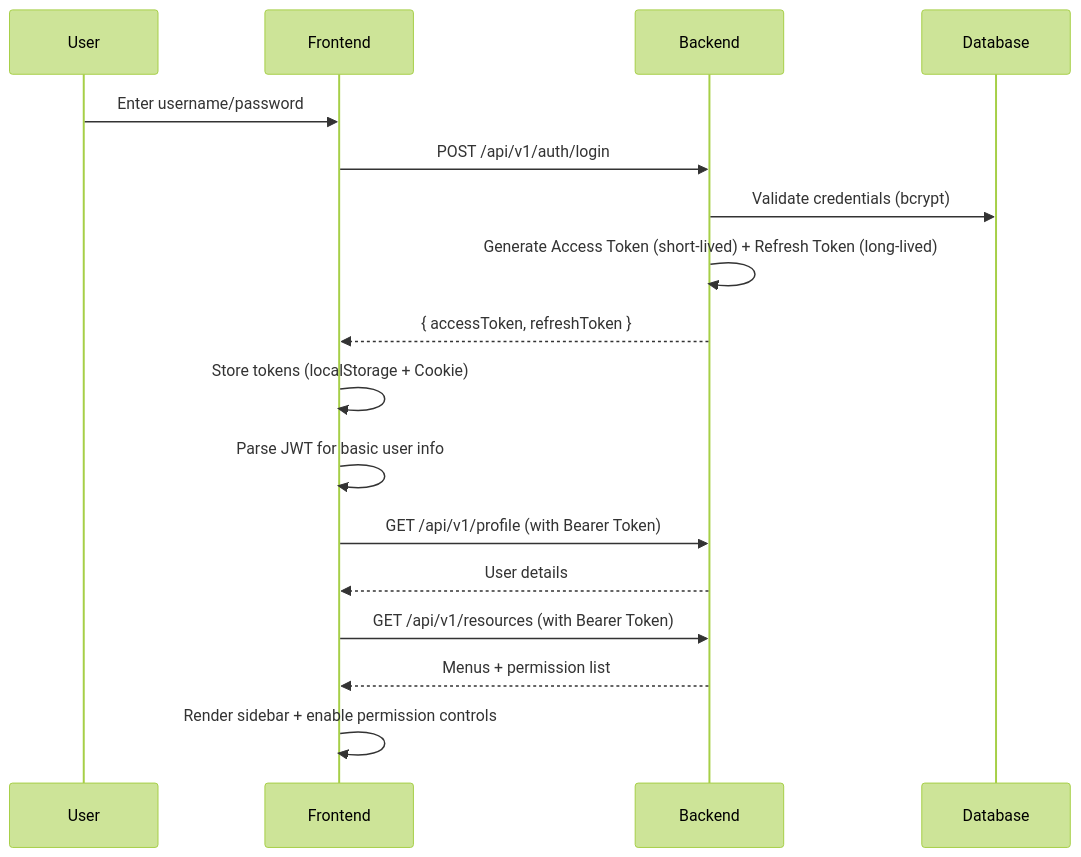
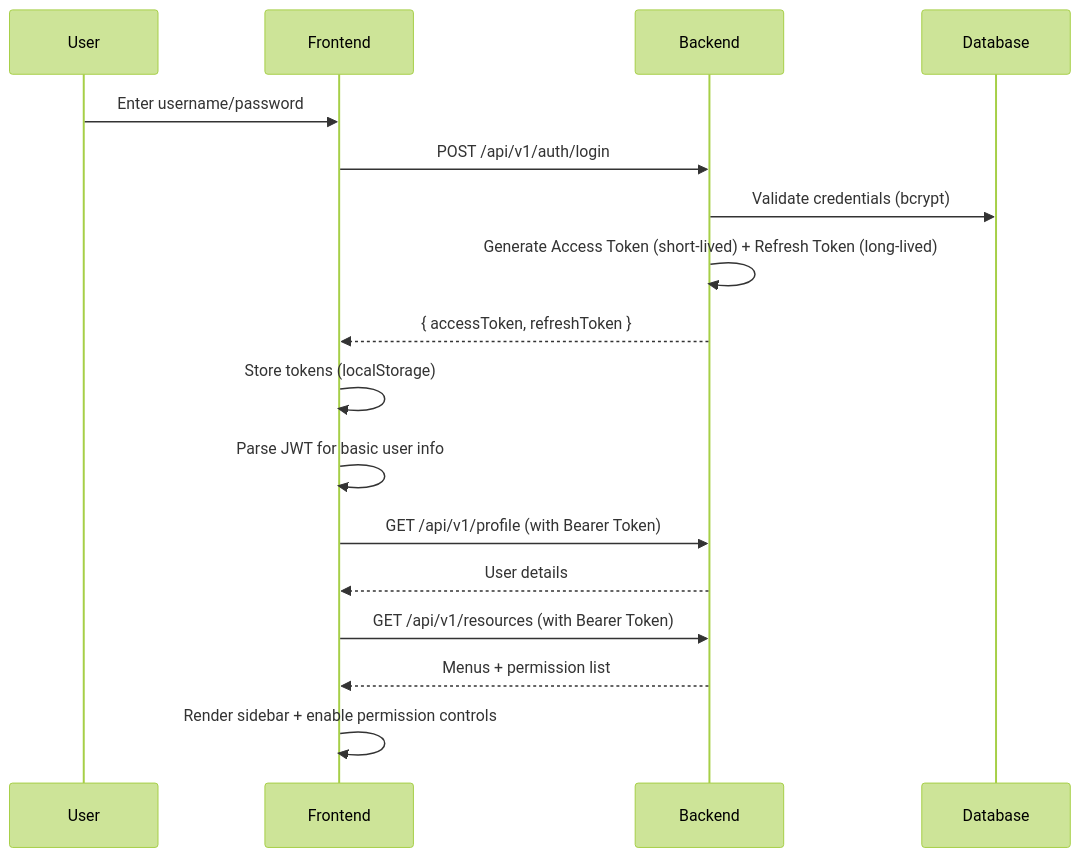
One commit to ahaodev/shadmin changed the third of 3 diagrams in docs/getting-started/architecture.en.md. Above: the diagram before and after it, drawn with Mermaid (forest theme). The commit also changed other lines of this file, not shown here.

````diff
--- a/docs/getting-started/architecture.en.md
+++ b/docs/getting-started/architecture.en.md
@@ -233,20 +233,20 @@
 ```mermaid
 sequenceDiagram
     participant U as User
     participant FE as Frontend
     participant BE as Backend
     participant DB as Database
 
     U->>FE: Enter username/password
     FE->>BE: POST /api/v1/auth/login
     BE->>DB: Validate credentials (bcrypt)
     BE->>BE: Generate Access Token (short-lived) + Refresh Token (long-lived)
     BE-->>FE: { accessToken, refreshToken }
-    FE->>FE: Store tokens (localStorage + Cookie)
+    FE->>FE: Store tokens (localStorage)
     FE->>FE: Parse JWT for basic user info
     FE->>BE: GET /api/v1/profile (with Bearer Token)
     BE-->>FE: User details
     FE->>BE: GET /api/v1/resources (with Bearer Token)
     BE-->>FE: Menus + permission list
     FE->>FE: Render sidebar + enable permission controls
 ```
````
